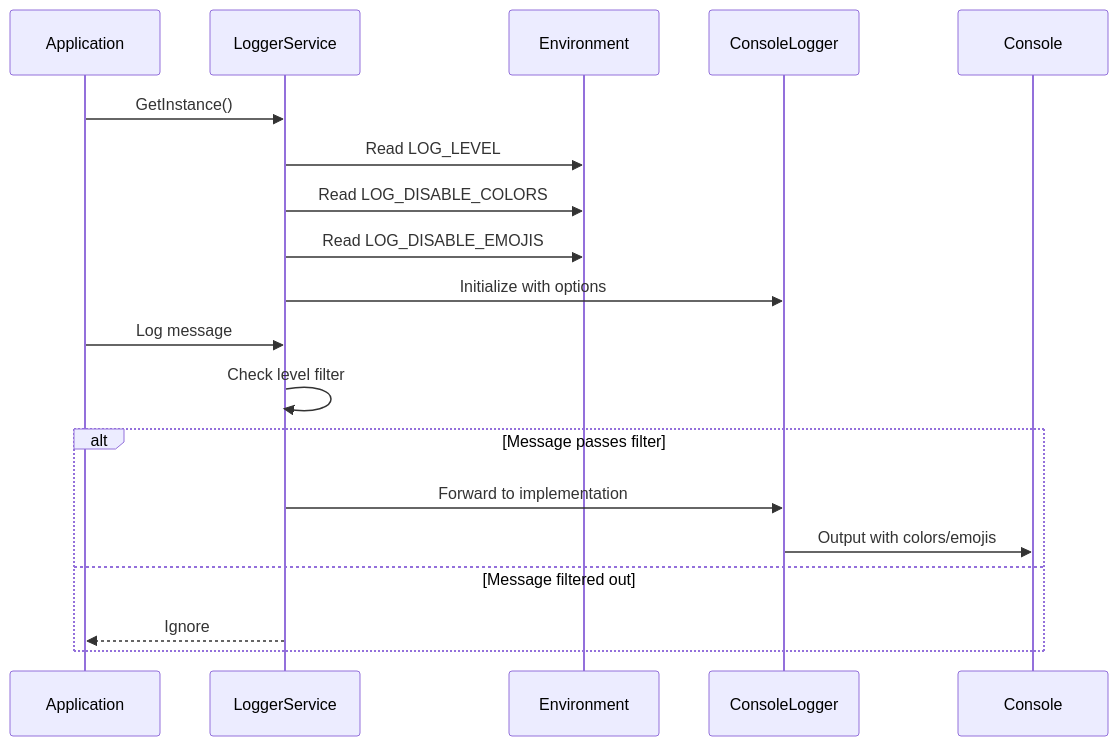
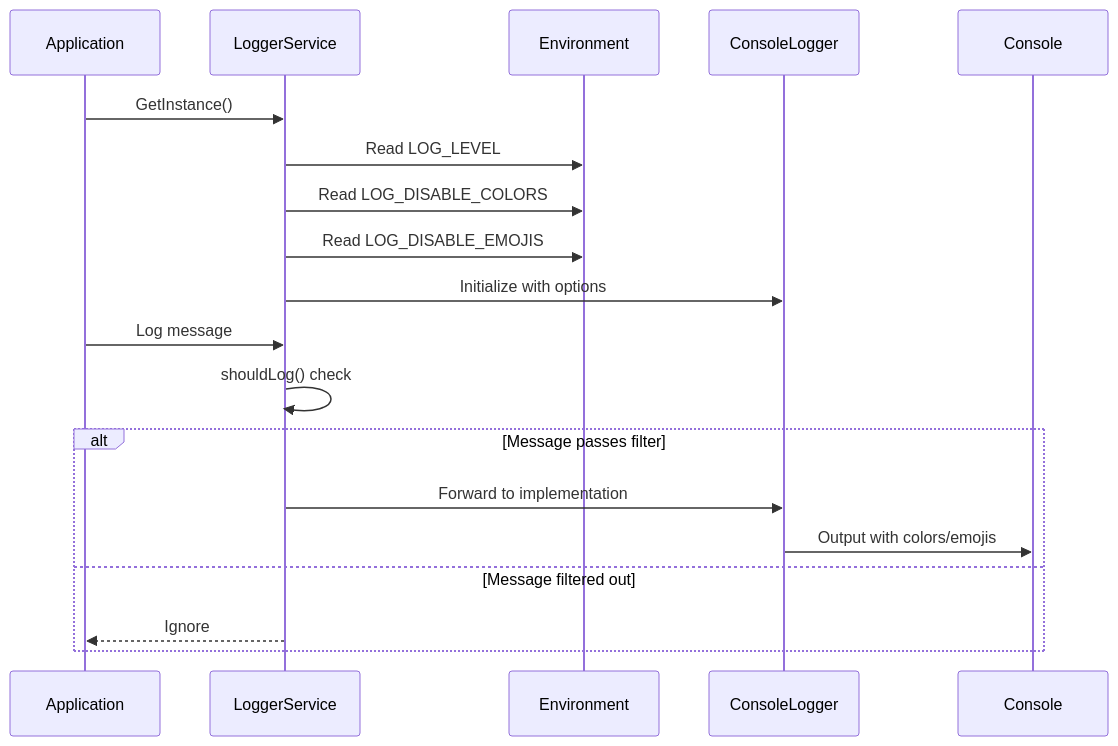
Before and after one commit to fabiobends/cribe-server: the second of 5 diagrams in docs/LOGGER_ARCHITECTURE.md, drawn with Mermaid. The commit also changed other lines of this file and 22 other files, not shown here.

````diff
--- a/docs/LOGGER_ARCHITECTURE.md
+++ b/docs/LOGGER_ARCHITECTURE.md
@@ -46,21 +44,21 @@
 ```mermaid
 sequenceDiagram
     participant App as Application
     participant LS as LoggerService
     participant Env as Environment
     participant CL as ConsoleLogger
 
     App->>LS: GetInstance()
     LS->>Env: Read LOG_LEVEL
     LS->>Env: Read LOG_DISABLE_COLORS
     LS->>Env: Read LOG_DISABLE_EMOJIS
     LS->>CL: Initialize with options
     App->>LS: Log message
-    LS->>LS: Check level filter
+    LS->>LS: shouldLog() check
     alt Message passes filter
         LS->>CL: Forward to implementation
         CL->>Console: Output with colors/emojis
     else Message filtered out
         LS-->>App: Ignore
     end
 ```
````
